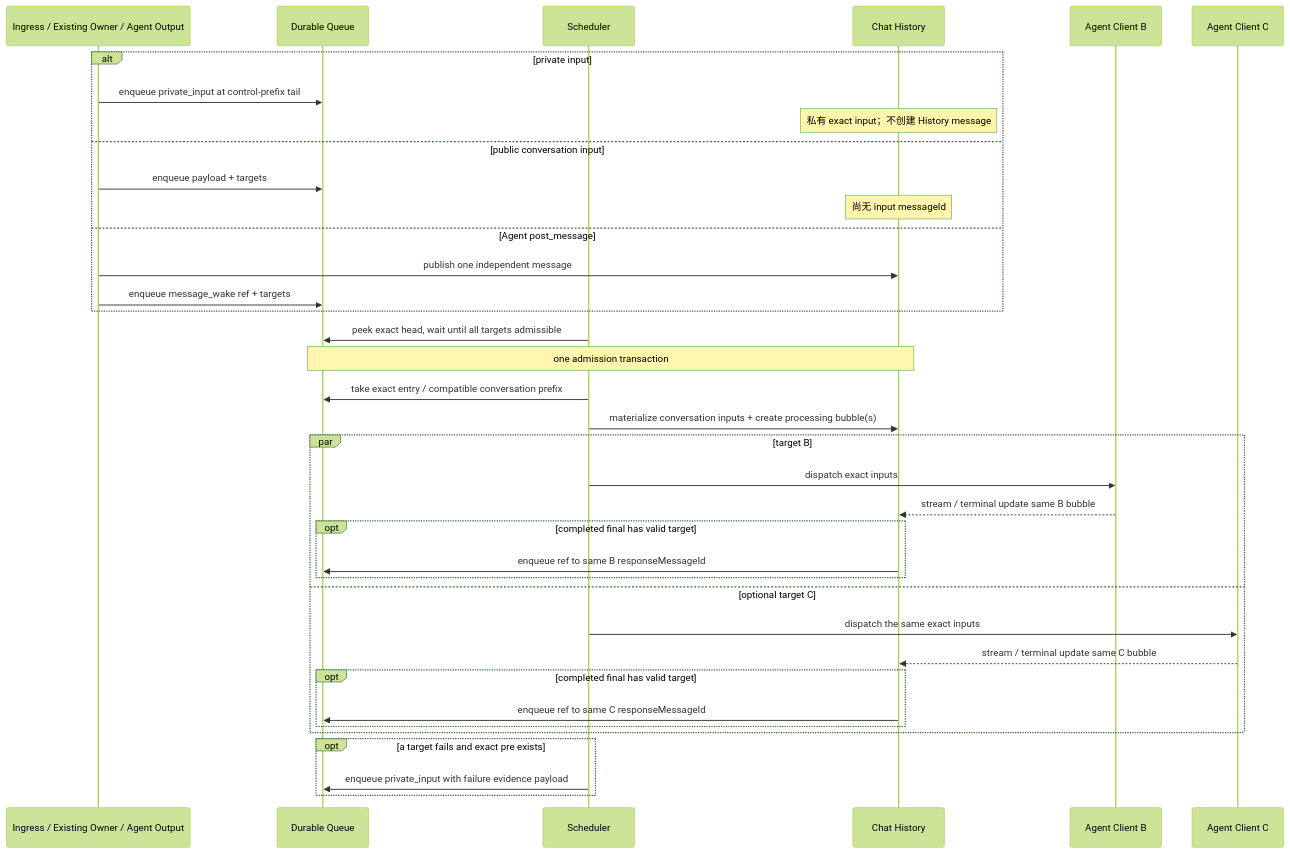
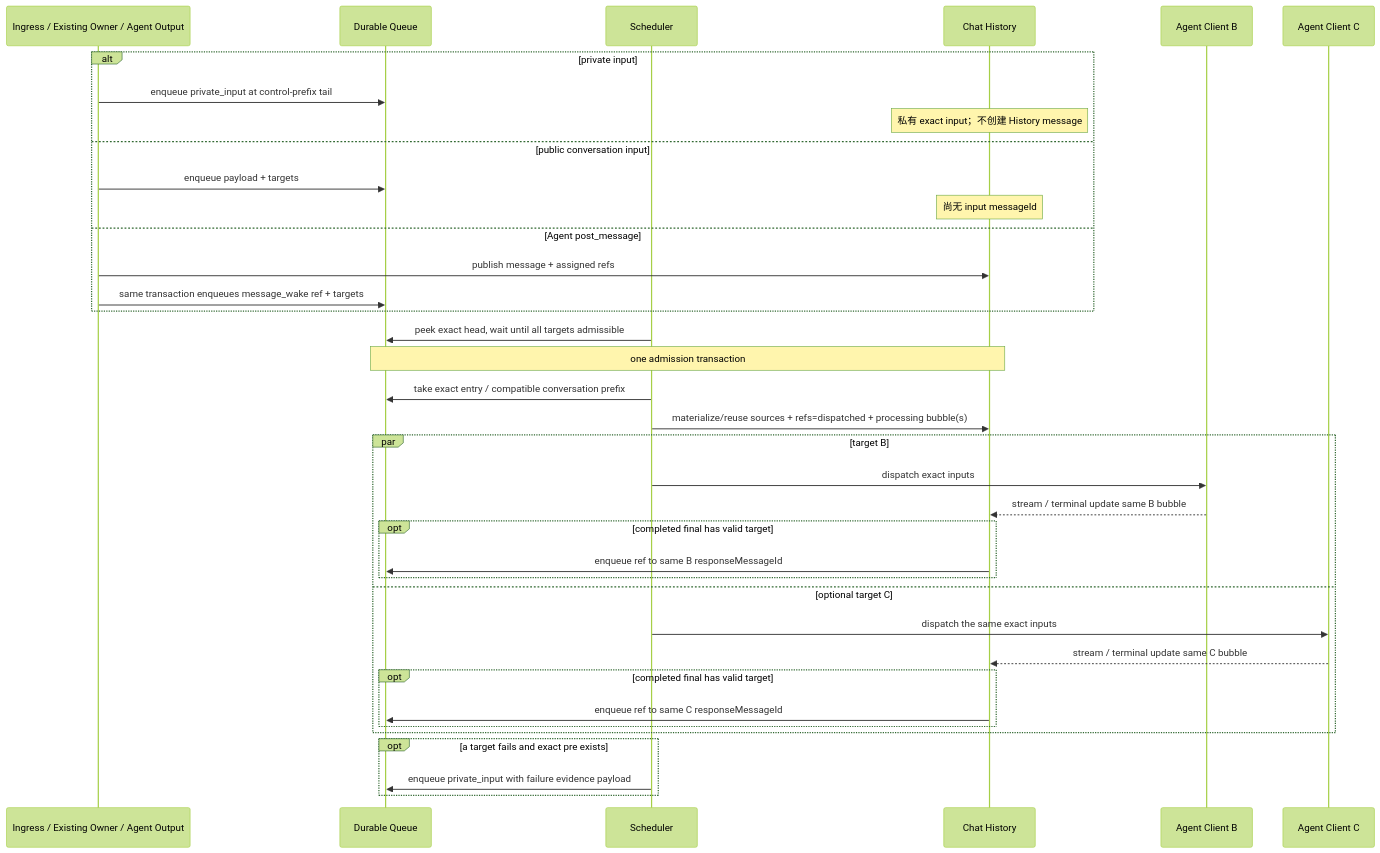
One commit to zts212653/clowder-ai changed the eighth of 8 diagrams in docs/architecture/message-delivery-handling-handoff-audit.md. Above: the diagram before and after it, drawn with Mermaid (forest theme). The commit also changed other lines of this file, not shown here.

````diff
--- a/docs/architecture/message-delivery-handling-handoff-audit.md
+++ b/docs/architecture/message-delivery-handling-handoff-audit.md
@@ -611,40 +641,40 @@
 ```mermaid
 sequenceDiagram
     participant I as Ingress / Existing Owner / Agent Output
     participant Q as Durable Queue
     participant S as Scheduler
     participant H as Chat History
     participant B as Agent Client B
     participant C as Agent Client C
 
     alt private input
         I->>Q: enqueue private_input at control-prefix tail
         Note over H: 私有 exact input；不创建 History message
     else public conversation input
         I->>Q: enqueue payload + targets
         Note over H: 尚无 input messageId
     else Agent post_message
-        I->>H: publish one independent message
-        I->>Q: enqueue message_wake ref + targets
+        I->>H: publish message + assigned refs
+        I->>Q: same transaction enqueues message_wake ref + targets
     end
     S->>Q: peek exact head, wait until all targets admissible
     Note over Q,H: one admission transaction
     S->>Q: take exact entry / compatible conversation prefix
-    S->>H: materialize conversation inputs + create processing bubble(s)
+    S->>H: materialize/reuse sources + refs=dispatched + processing bubble(s)
     par target B
         S->>B: dispatch exact inputs
         B-->>H: stream / terminal update same B bubble
         opt completed final has valid target
             H->>Q: enqueue ref to same B responseMessageId
         end
     and optional target C
         S->>C: dispatch the same exact inputs
         C-->>H: stream / terminal update same C bubble
         opt completed final has valid target
             H->>Q: enqueue ref to same C responseMessageId
         end
     end
     opt a target fails and exact pre exists
         S->>Q: enqueue private_input with failure evidence payload
     end
 ```
````
